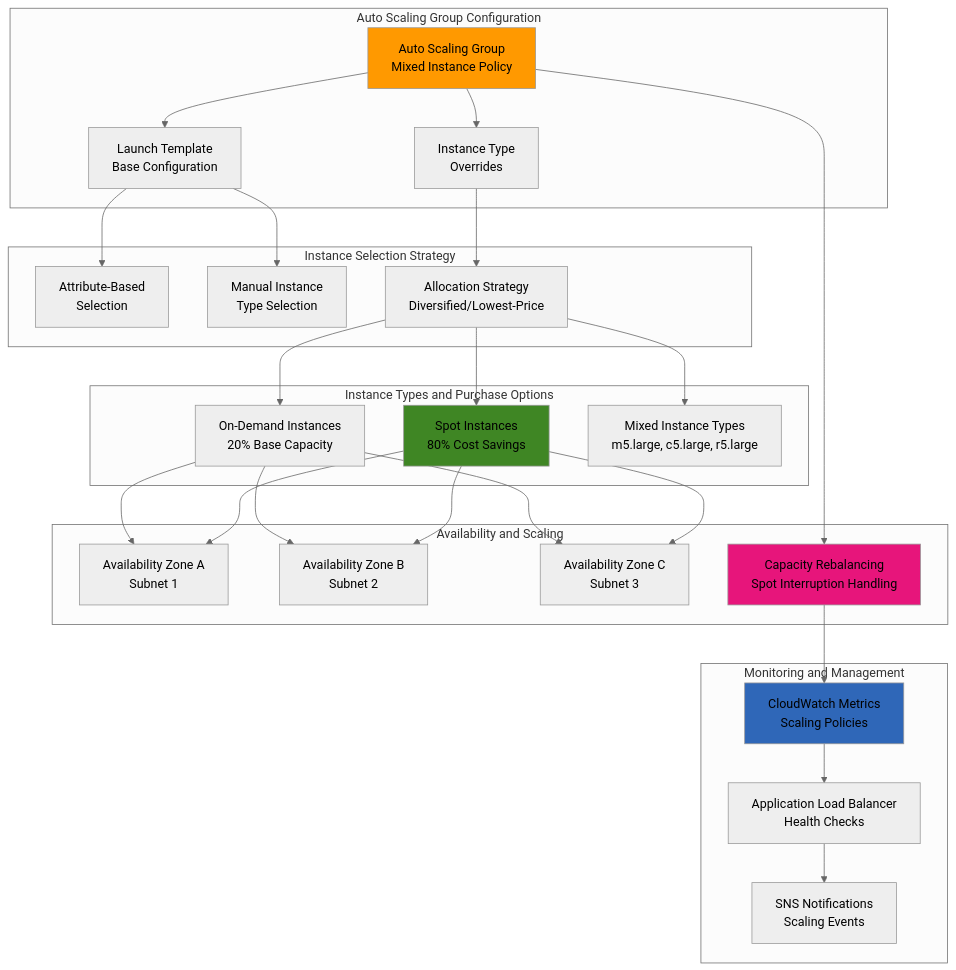
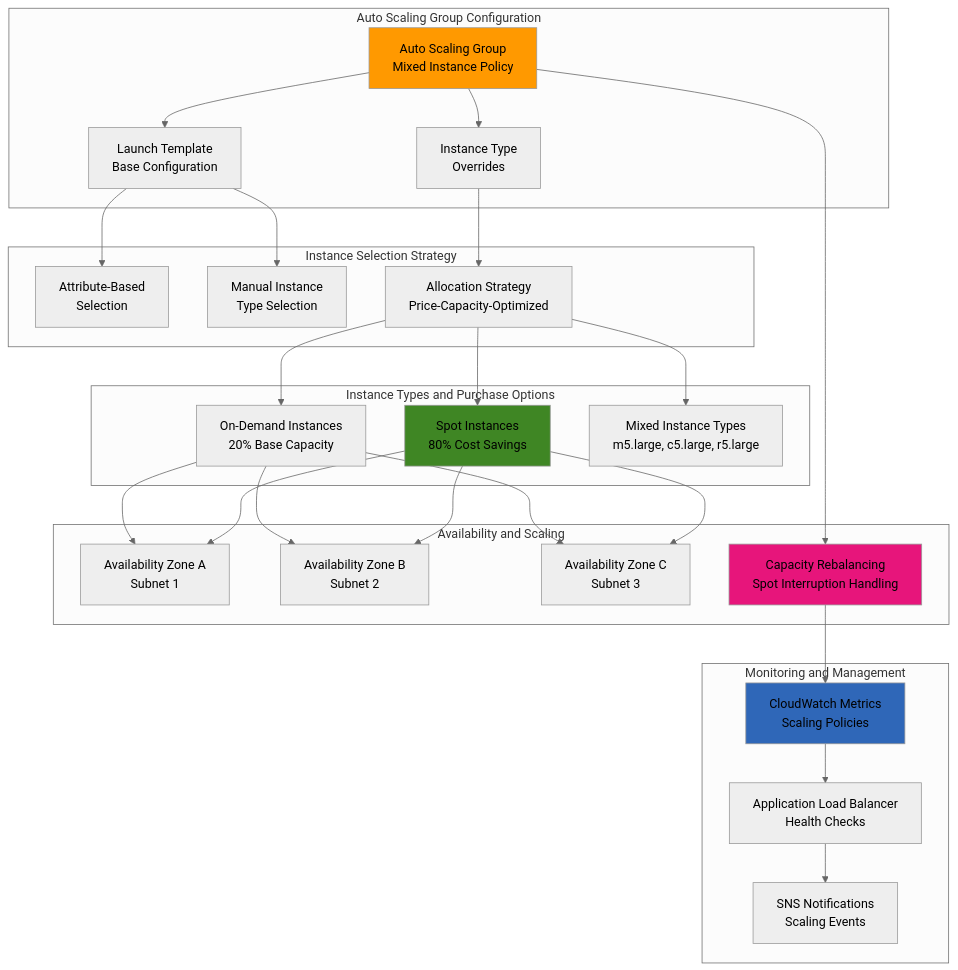
One commit to mzazon/awesome-cloud-projects changed the diagram in aws/mixed-instance-auto-scaling/mixed-instance-auto-scaling.md. Above: the diagram before and after it, drawn with Mermaid (neutral theme). The commit also changed other lines of this file and 5581 other files, not shown here.

````diff
--- a/aws/mixed-instance-auto-scaling/mixed-instance-auto-scaling.md
+++ b/aws/mixed-instance-auto-scaling/mixed-instance-auto-scaling.md
@@ -30,60 +30,60 @@
 ```mermaid
 graph TB
     subgraph "Auto Scaling Group Configuration"
         ASG[Auto Scaling Group<br/>Mixed Instance Policy]
         TEMPLATE[Launch Template<br/>Base Configuration]
         OVERRIDE[Instance Type<br/>Overrides]
     end
     
     subgraph "Instance Selection Strategy"
         ATTRIBUTE[Attribute-Based<br/>Selection]
         MANUAL[Manual Instance<br/>Type Selection]
-        ALLOCATION[Allocation Strategy<br/>Diversified/Lowest-Price]
+        ALLOCATION[Allocation Strategy<br/>Price-Capacity-Optimized]
     end
     
     subgraph "Instance Types and Purchase Options"
         ONDEMAND[On-Demand Instances<br/>20% Base Capacity]
         SPOT[Spot Instances<br/>80% Cost Savings]
         MIXED[Mixed Instance Types<br/>m5.large, c5.large, r5.large]
     end
     
     subgraph "Availability and Scaling"
         AZ1[Availability Zone A<br/>Subnet 1]
         AZ2[Availability Zone B<br/>Subnet 2]
         AZ3[Availability Zone C<br/>Subnet 3]
         REBALANCE[Capacity Rebalancing<br/>Spot Interruption Handling]
     end
     
     subgraph "Monitoring and Management"
         CW[CloudWatch Metrics<br/>Scaling Policies]
         ALB[Application Load Balancer<br/>Health Checks]
         NOTIFICATIONS[SNS Notifications<br/>Scaling Events]
     end
     
     ASG --> TEMPLATE
     ASG --> OVERRIDE
     TEMPLATE --> ATTRIBUTE
     TEMPLATE --> MANUAL
     OVERRIDE --> ALLOCATION
     
     ALLOCATION --> ONDEMAND
     ALLOCATION --> SPOT
     ALLOCATION --> MIXED
     
     ONDEMAND --> AZ1
     ONDEMAND --> AZ2
     ONDEMAND --> AZ3
     SPOT --> AZ1
     SPOT --> AZ2
     SPOT --> AZ3
     
     ASG --> REBALANCE
     REBALANCE --> CW
     CW --> ALB
     ALB --> NOTIFICATIONS
     
     style ASG fill:#FF9900
     style SPOT fill:#3F8624
     style REBALANCE fill:#E7157B
     style CW fill:#2F67B8
 ```
````
